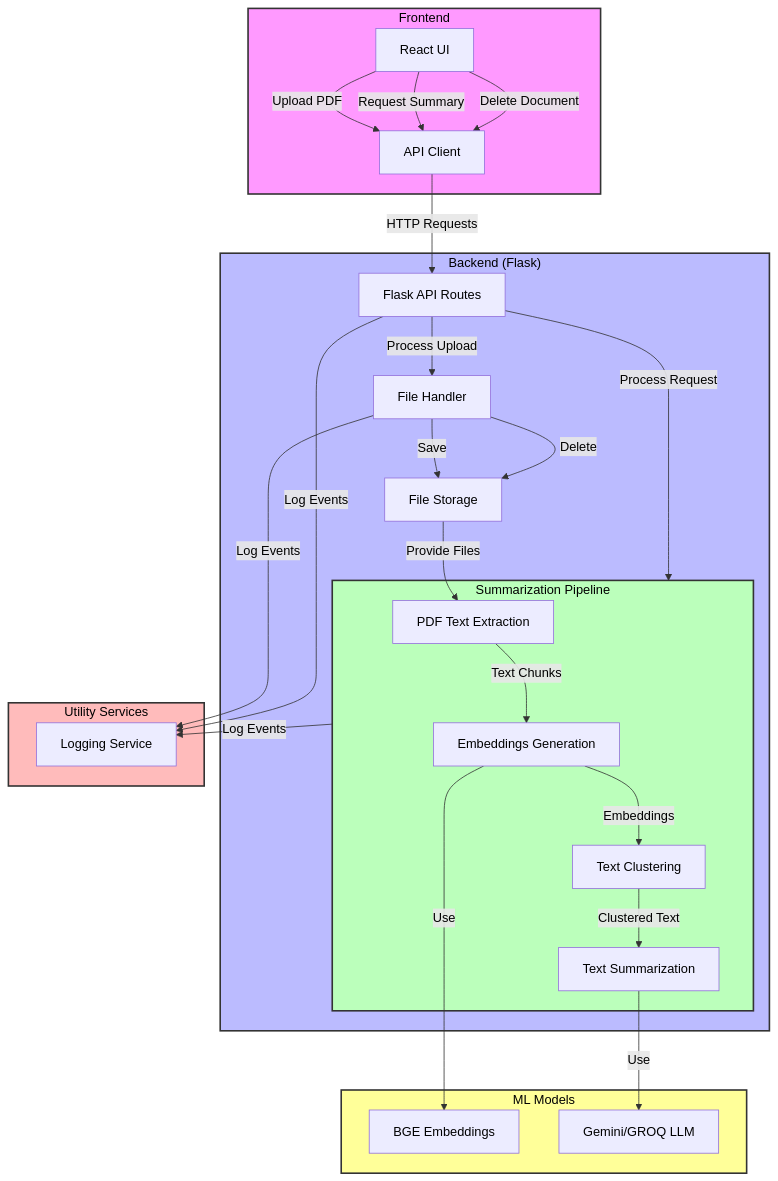
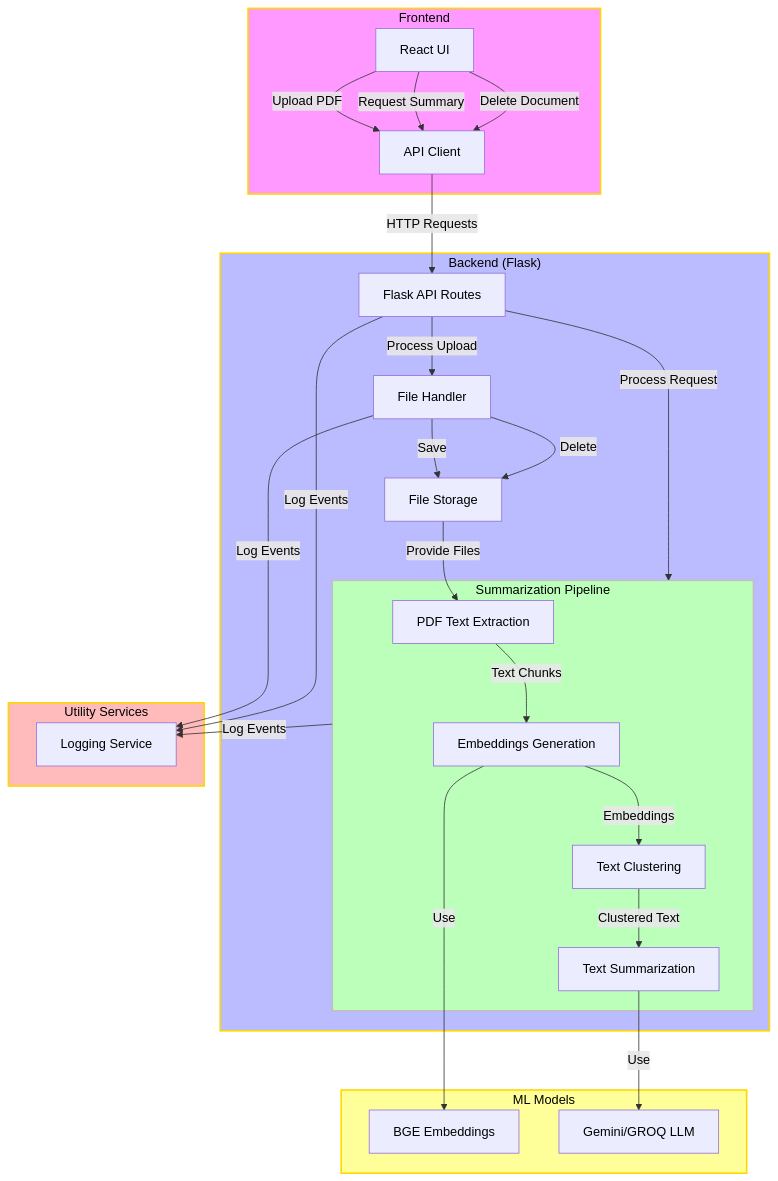
The diagram in README.md (Yash8745/Legal_Medical_RAG), drawn with Mermaid before and after one commit. The commit also changed other lines of this file and 2 other files, not shown here.

````diff
--- a/README.md
+++ b/README.md
@@ -318,56 +304,56 @@
 ```mermaid
 %%{init: {'theme': 'default', 'themeVariables': { 'background': '#ffffff', 'textColor': '#000000' }}}%%
 graph TB
     subgraph Frontend
         UI[React UI]
         UI --> |Upload PDF| API_Client
         UI --> |Request Summary| API_Client
         UI --> |Delete Document| API_Client
         API_Client[API Client]
     end
 
     subgraph Backend["Backend (Flask)"]
         API[Flask API Routes]
         API --> |Process Upload| FileHandler[File Handler]
         API --> |Process Request| Pipeline[Summarization Pipeline]
         
         FileHandler --> |Save| Storage[File Storage]
         FileHandler --> |Delete| Storage
     end
 
     subgraph Pipeline["Summarization Pipeline"]
         Extract[PDF Text Extraction]
         Embed[Embeddings Generation]
         Cluster[Text Clustering]
         Summarize[Text Summarization]
         
         Extract --> |Text Chunks| Embed
         Embed --> |Embeddings| Cluster
         Cluster --> |Clustered Text| Summarize
     end
 
     subgraph Models["ML Models"]
         BGE[BGE Embeddings]
         LLM[Gemini/GROQ LLM]
         
         Embed --> |Use| BGE
         Summarize --> |Use| LLM
     end
 
     API_Client --> |HTTP Requests| API
     Storage --> |Provide Files| Extract
 
     subgraph Utils["Utility Services"]
         Logger[Logging Service]
         
         FileHandler --> |Log Events| Logger
         Pipeline --> |Log Events| Logger
         API --> |Log Events| Logger
     end
 
-    style Frontend fill:#f9f,stroke:#333,stroke-width:2px
-    style Backend fill:#bbf,stroke:#333,stroke-width:2px
-    style Pipeline fill:#bfb,stroke:#333,stroke-width:2px
-    style Models fill:#ff9,stroke:#333,stroke-width:2px
-    style Utils fill:#fbb,stroke:#333,stroke-width:2px
+    style Frontend fill:#f9f,stroke:#FFD700,stroke-width:2px
+    style Backend fill:#bbf,stroke:#FFD700,stroke-width:2px
+    style Pipeline fill:#bfb,stroke:#C0C0C0,stroke-width:2px
+    style Models fill:#ff9,stroke:#FFD700,stroke-width:2px
+    style Utils fill:#fbb,stroke:#FFD700,stroke-width:2px
 ```
````
